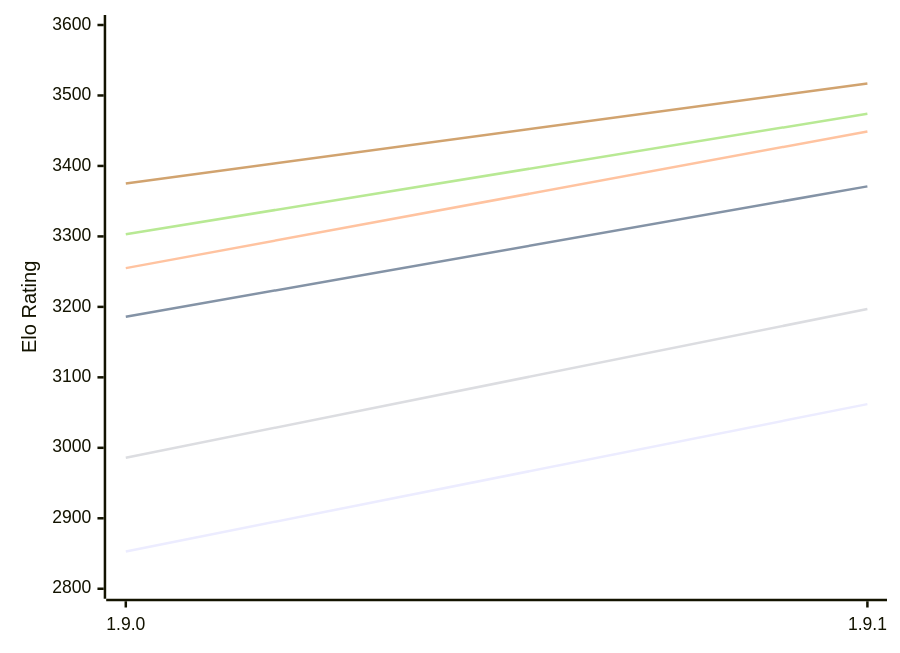
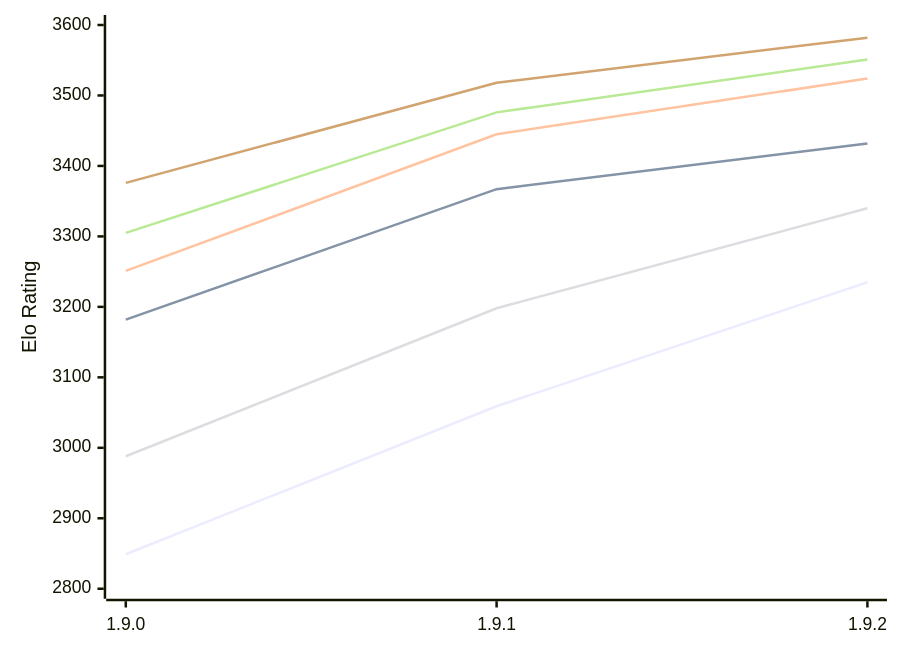
One commit to computer-chess-index/cci changed the diagram in engines/Superpawn.md. Above: the diagram before and after it, drawn with Mermaid. The commit also changed other lines of this file, not shown here.

Commit message:
Update CCI Ratings (ELO VLTC) - 2026-11-09

````diff
--- a/engines/Superpawn.md
+++ b/engines/Superpawn.md
@@ -49,12 +51,12 @@
 ```mermaid
 %%{init: {"theme":"base","themeVariables":{"seriesColors:['#a3a3a3','#222221','#faa371']}}}%%
 xychart-beta
-  x-axis ["1.9.0", "1.9.1"]
+  x-axis ["1.9.0", "1.9.1", "1.9.2"]
   y-axis "Elo Rating" 2800 --> 3600
-  line "E1: STC (8.0+0.08s)" [2853, 3062]
-  line "E1: LTC (60.0+0.60s)" [3186, 3371]
-  line "E1: VLTC (2m24s+1.12s)" [3255, 3449]
-  line "P1: STC (8.0+0.08s)" [2986, 3197]
-  line "P1: LTC (60.0+0.60s)" [3303, 3474]
-  line "P1: VLTC (2m24s+1.12s)" [3375, 3517]
+  line "E1: STC (8.0+0.08s)" [2849, 3059, 3235]
+  line "E1: LTC (60.0+0.60s)" [3182, 3367, 3432]
+  line "E1: VLTC (2m24s+1.12s)" [3251, 3445, 3524]
+  line "P1: STC (8.0+0.08s)" [2988, 3198, 3340]
+  line "P1: LTC (60.0+0.60s)" [3305, 3476, 3551]
+  line "P1: VLTC (2m24s+1.12s)" [3376, 3518, 3582]
 ```
````
